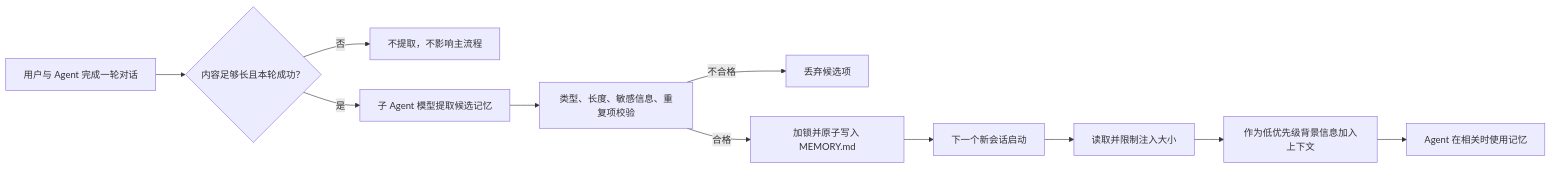
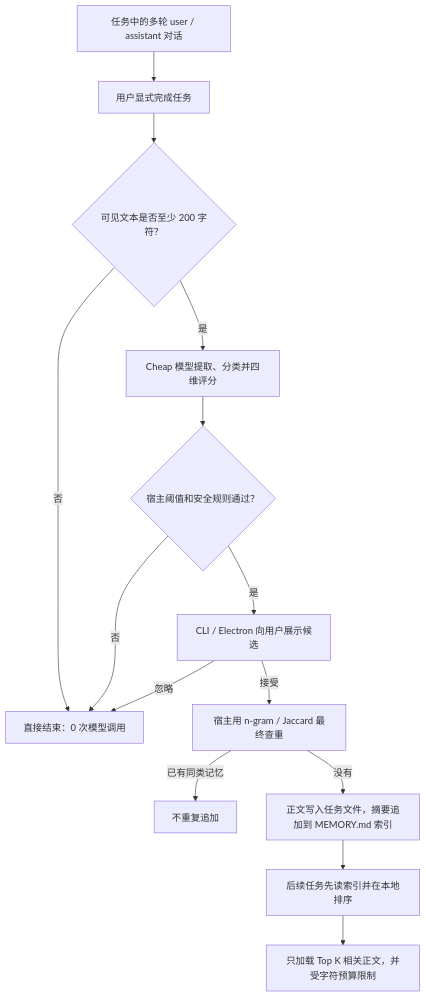
The tenth of 39 diagrams in 技术方案报告.md (YachuanWzh/flavor-code), drawn with Mermaid before and after one commit. The commit also changed other lines of this file and 47 other files, not shown here.

````diff
--- a/技术方案报告.md
+++ b/技术方案报告.md
@@ -799,13 +801,16 @@
 ```mermaid
-flowchart LR
-    U["用户与 Agent 完成一轮对话"] --> F{"内容足够长且本轮成功？"}
-    F -->|否| END["不提取，不影响主流程"]
-    F -->|是| E["子 Agent 模型提取候选记忆"]
-    E --> V["类型、长度、敏感信息、重复项校验"]
-    V -->|不合格| DROP["丢弃候选项"]
-    V -->|合格| S["加锁并原子写入 MEMORY.md"]
-    S --> N["下一个新会话启动"]
-    N --> L["读取并限制注入大小"]
-    L --> C["作为低优先级背景信息加入上下文"]
-    C --> A["Agent 在相关时使用记忆"]
+flowchart TD
+    A["任务中的多轮 user / assistant 对话"] --> B["用户显式完成任务"]
+    B --> C{"可见文本是否至少 200 字符？"}
+    C -->|否| Z["直接结束：0 次模型调用"]
+    C -->|是| D["Cheap 模型提取、分类并四维评分"]
+    D --> E{"宿主阈值和安全规则通过？"}
+    E -->|否| Z
+    E -->|是| F["CLI / Electron 向用户展示候选"]
+    F -->|忽略| Z
+    F -->|接受| G["宿主用 n-gram / Jaccard 最终查重"]
+    G -->|已有同类记忆| H["不重复追加"]
+    G -->|没有| I["正文写入任务文件，摘要追加到 MEMORY.md 索引"]
+    I --> J["后续任务先读索引并在本地排序"]
+    J --> K["只加载 Top K 相关正文，并受字符预算限制"]
 ```
````
